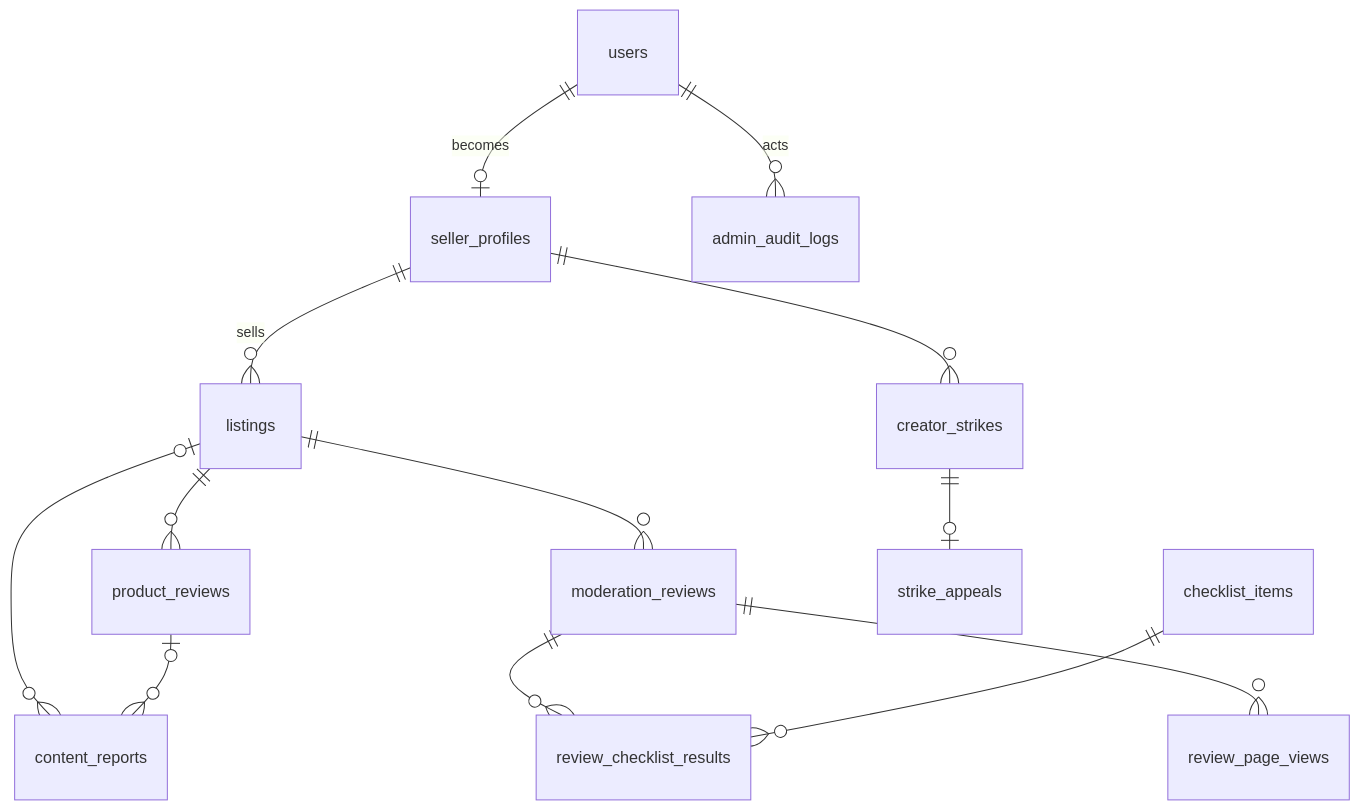
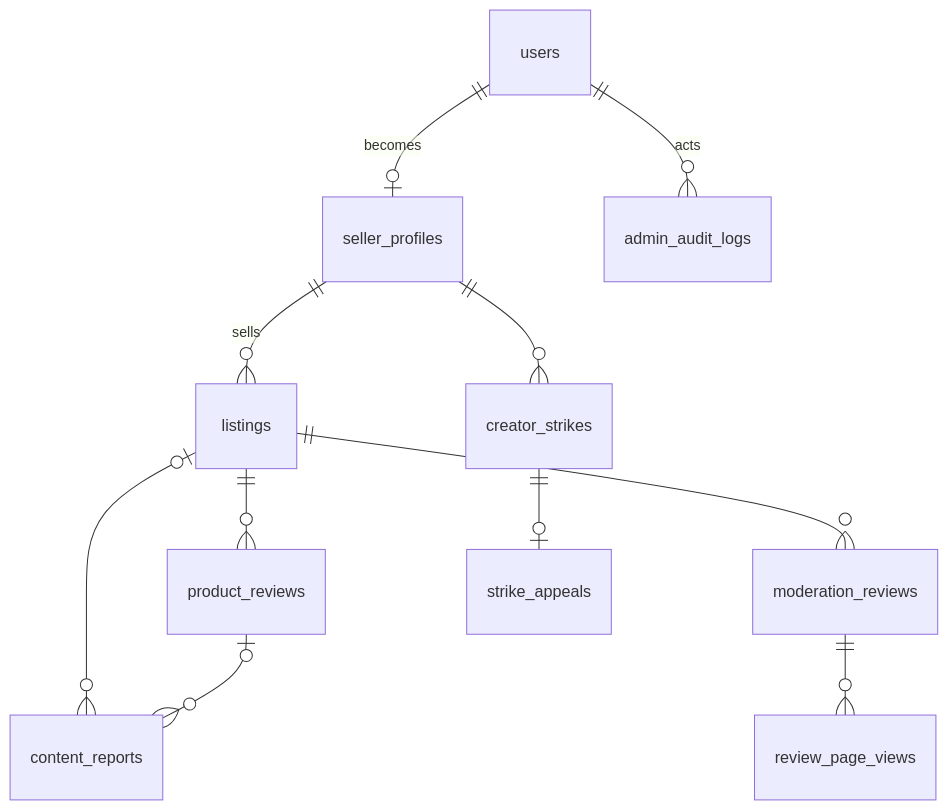
Before and after one commit to SEP490-GFA26SE186/BE: the diagram in docs/diagrams/srs/erd-4-moderation.mmd, drawn with Mermaid. The commit also changed 23 other files, not shown here.

Commit message:
Update diagrams and add new sequences for admin and analysis features; enhance class structures and use cases for better clarity and functionality.

```diff
--- a/docs/diagrams/srs/erd-4-moderation.mmd
+++ b/docs/diagrams/srs/erd-4-moderation.mmd
@@ -1,13 +1,11 @@
 erDiagram
   users ||--o| seller_profiles : "becomes"
   seller_profiles ||--o{ listings : "sells"
   listings ||--o{ product_reviews : ""
   listings ||--o{ moderation_reviews : ""
-  moderation_reviews ||--o{ review_checklist_results : ""
-  checklist_items ||--o{ review_checklist_results : ""
   moderation_reviews ||--o{ review_page_views : ""
   listings |o--o{ content_reports : ""
   product_reviews |o--o{ content_reports : ""
   seller_profiles ||--o{ creator_strikes : ""
   creator_strikes ||--o| strike_appeals : ""
   users ||--o{ admin_audit_logs : "acts"
```
